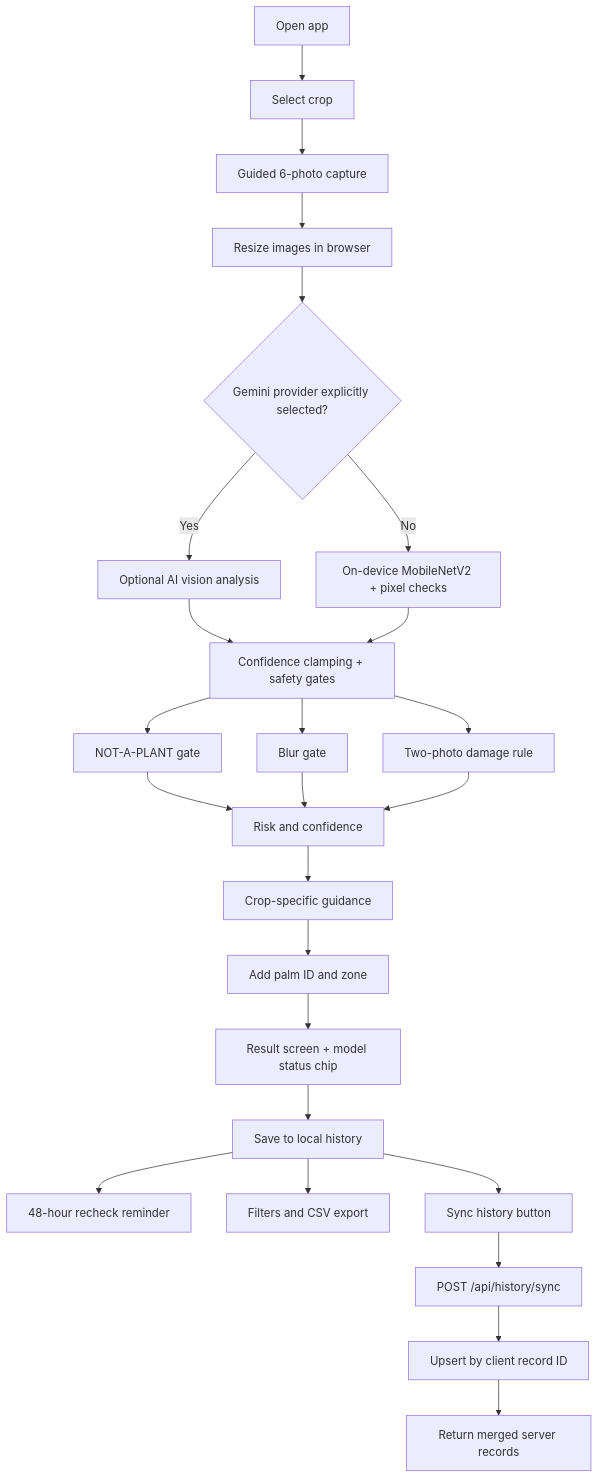
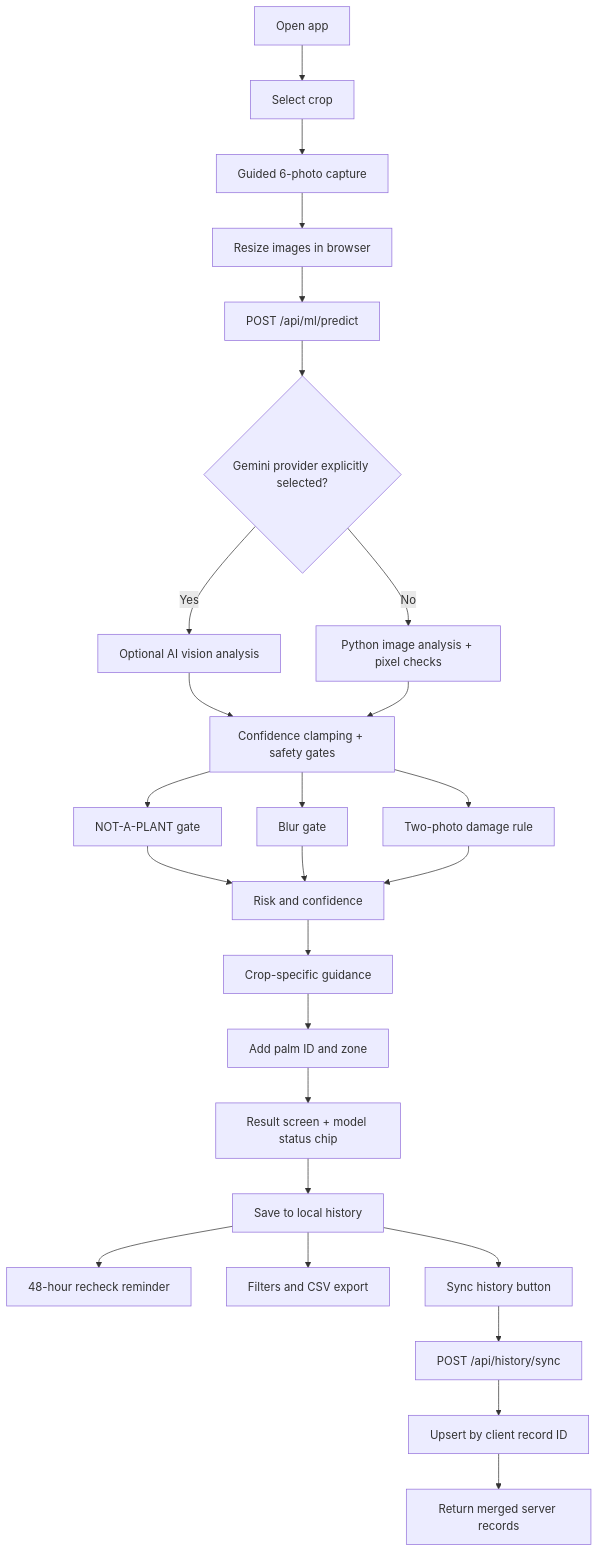
One commit to Njbalamani/AGRI-DETECT changed the second of 2 diagrams in README.md. Above: the diagram before and after it, drawn with Mermaid. The commit also changed other lines of this file and 29 other files, not shown here.

````diff
--- a/README.md
+++ b/README.md
@@ -144,32 +156,33 @@
 ```mermaid
 flowchart TD
     A[Open app] --> B[Select crop]
     B --> C[Guided 6-photo capture]
     C --> D[Resize images in browser]
-    D --> E{Gemini provider explicitly selected?}
+    D --> D2[POST /api/ml/predict]
+    D2 --> E{Gemini provider explicitly selected?}
 
     E -- Yes --> F[Optional AI vision analysis]
-    E -- No --> G[On-device MobileNetV2 + pixel checks]
+    E -- No --> G[Python image analysis + pixel checks]
 
     F --> H[Confidence clamping + safety gates]
     G --> H
 
     H --> H1[NOT-A-PLANT gate]
     H --> H2[Blur gate]
     H --> H3[Two-photo damage rule]
     H1 --> I[Risk and confidence]
     H2 --> I
     H3 --> I
 
     I --> J[Crop-specific guidance]
     J --> K[Add palm ID and zone]
     K --> L[Result screen + model status chip]
     L --> M[Save to local history]
 
     M --> N[48-hour recheck reminder]
     M --> O[Filters and CSV export]
     M --> P[Sync history button]
     P --> Q[POST /api/history/sync]
     Q --> R[Upsert by client record ID]
     R --> S[Return merged server records]
 ```
````
